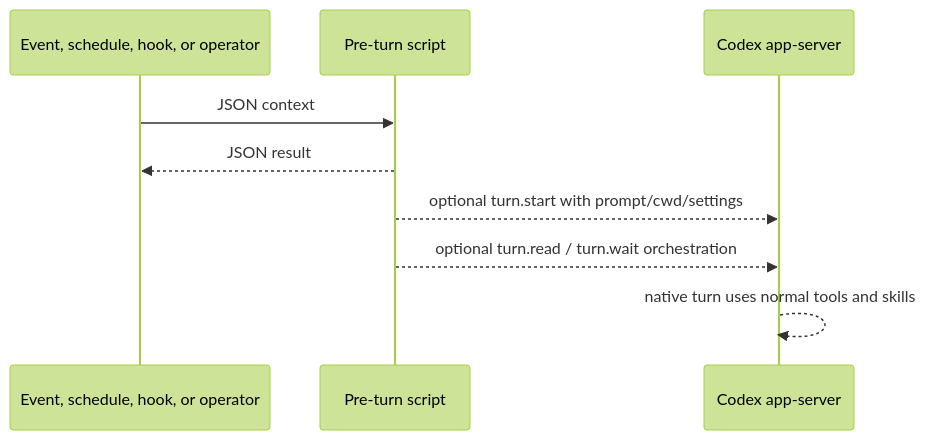
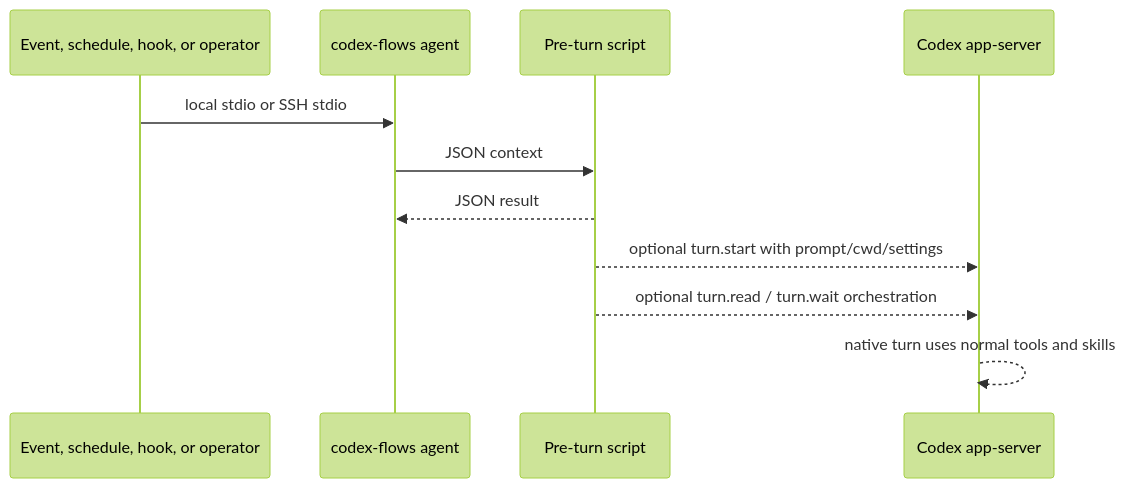
The diagram in docs/pages/concepts/architecture.md (peezy-tech/codex-toys), drawn with Mermaid (forest theme) before and after one commit. The commit also changed other lines of this file and 81 other files, not shown here.

Commit message:
Refactor codex-flows around stdio agents

````diff
--- a/docs/pages/concepts/architecture.md
+++ b/docs/pages/concepts/architecture.md
@@ -13,12 +13,14 @@
 ```mermaid
 sequenceDiagram
   participant Signal as Event, schedule, hook, or operator
+  participant Agent as codex-flows agent
   participant Script as Pre-turn script
   participant Codex as Codex app-server
 
-  Signal->>Script: JSON context
-  Script-->>Signal: JSON result
+  Signal->>Agent: local stdio or SSH stdio
+  Agent->>Script: JSON context
+  Script-->>Agent: JSON result
   Script-->>Codex: optional turn.start with prompt/cwd/settings
   Script-->>Codex: optional turn.read / turn.wait orchestration
   Codex-->>Codex: native turn uses normal tools and skills
 ```
````
